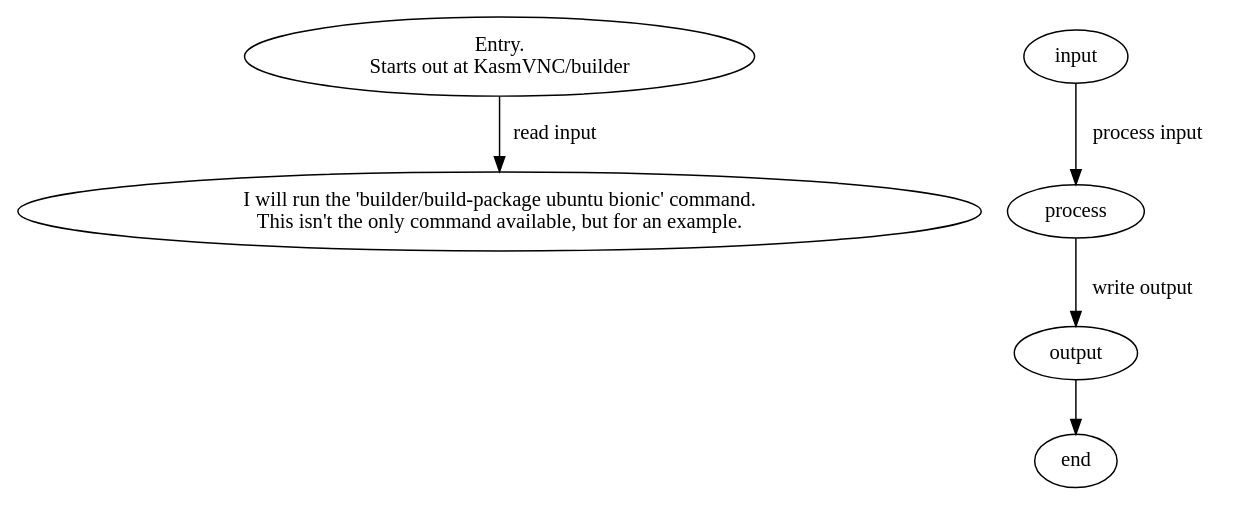
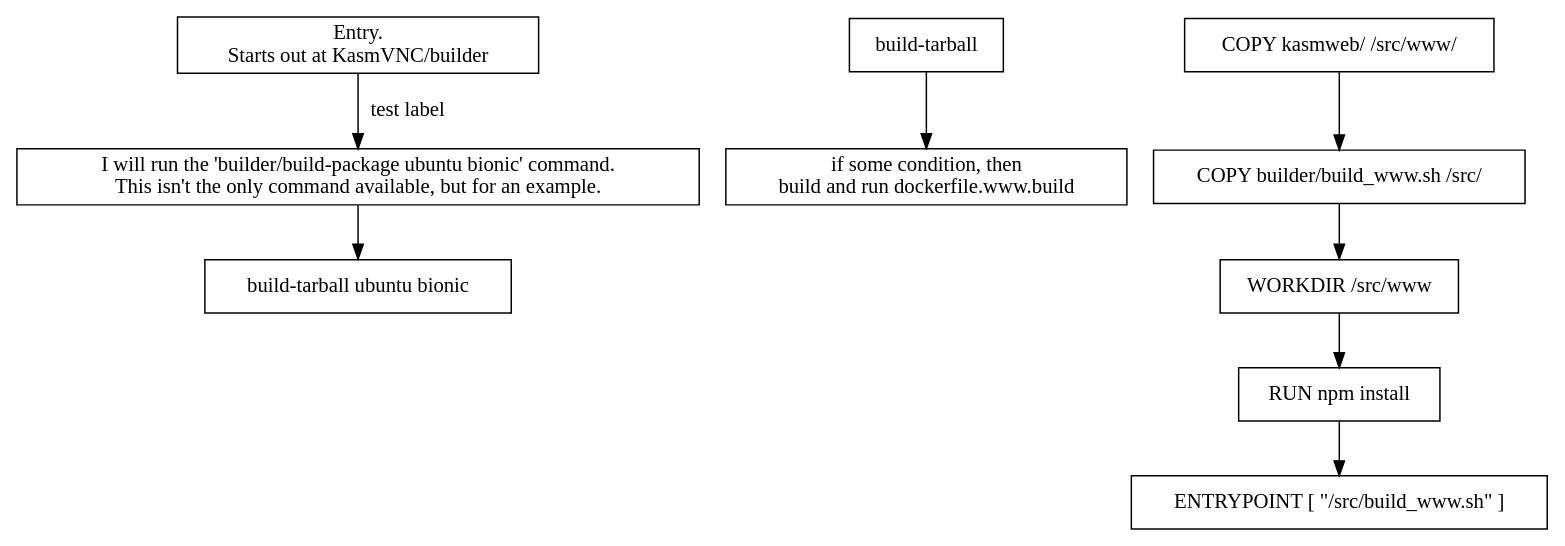
One commit to moonpiedumplings/quartotest changed the diagram in posts/compiling-kasmvnc-on-nixos/index.qmd. Above: the diagram before and after it, drawn with Graphviz. The commit also changed other lines of this file and 4 other files, not shown here.

Commit message:
started on graphviz graph, but more experiments

````diff
--- a/posts/compiling-kasmvnc-on-nixos/index.qmd
+++ b/posts/compiling-kasmvnc-on-nixos/index.qmd
@@ -224,14 +224,34 @@
 ```{dot}
 digraph {
    // Declare Nodes here
+   node [shape="rectangle"];
    Entry [label="Entry.\n Starts out at KasmVNC/builder", URL="https://github.com/kasmtech/KasmVNC/tree/master/builder"];
    BuildPackage [label="I will run the 'builder/build-package ubuntu bionic' command. \n This isn't the only command available, but for an example.", URL="https://github.com/kasmtech/KasmVNC/blob/master/builder/build-package"]
-   end [shape=oval];
+
+   BuildTarball [label="build-tarball ubuntu bionic", URL="https://github.com/kasmtech/KasmVNC/blob/master/builder/build-tarball"]
+
 
    // Declare edges (connections) here
-   Entry -> BuildPackage [label="read input", URL="https://example.com"];
-   input -> process [label="process input"];
-   process -> output [label="write output"];
-   output -> end;
+   Entry -> BuildPackage [label="test label", URL="https://example.com"];
+   BuildPackage -> BuildTarball
+
+   subgraph BuildTarball {
+      www [label="if some condition, then \n build and run dockerfile.www.build", URL="https://github.com/kasmtech/KasmVNC/blob/master/builder/dockerfile.www.build"]
+
+
+      "build-tarball" -> www
+   }
+
+   subgraph BuildWWW {
+      label = "dockerfile";
+
+      buildwwwsh [label="ENTRYPOINT [ \"/src/build_www.sh\" ]", URL="https://github.com/kasmtech/KasmVNC/blob/master/builder/build_www.sh"]
+
+      "COPY kasmweb/ /src/www/" -> "COPY builder/build_www.sh /src/"
+      "COPY builder/build_www.sh /src/" -> "WORKDIR /src/www"
+      "WORKDIR /src/www" -> "RUN npm install"
+      "RUN npm install" -> buildwwwsh
+
+   }
 }
 ```
````
